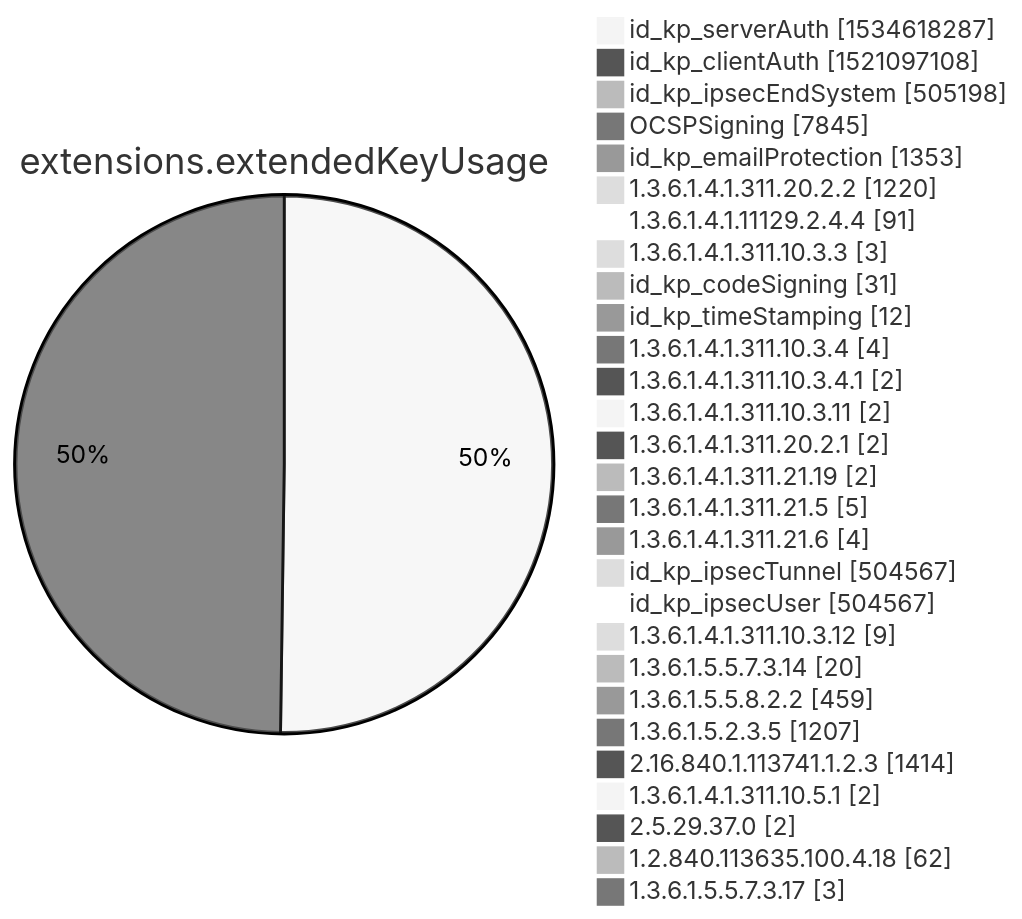
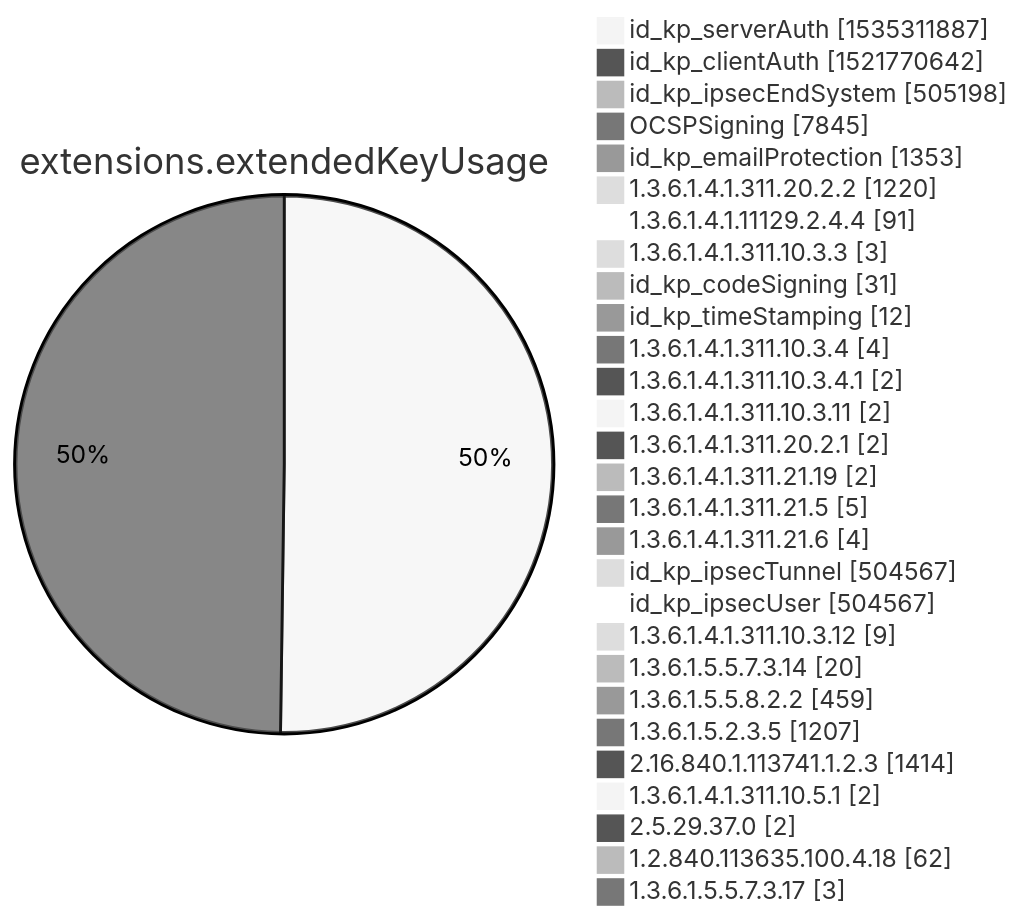
Before and after one commit to christiankrug/ctmonitor_visualization: diagram 12 of 15 in xenon2022/README.md, drawn with Mermaid (neutral theme). The commit also changed other lines of this file, not shown here.

````diff
--- a/xenon2022/README.md
+++ b/xenon2022/README.md
@@ -3880,32 +3880,32 @@
 ```mermaid
 pie showData
 title extensions.extendedKeyUsage
-"id_kp_serverAuth" :1534618287
-"id_kp_clientAuth" :1521097108
+"id_kp_serverAuth" :1535311887
+"id_kp_clientAuth" :1521770642
 "id_kp_ipsecEndSystem" :505198
 "OCSPSigning" :7845
 "id_kp_emailProtection" :1353
 "1.3.6.1.4.1.311.20.2.2" :1220
 "1.3.6.1.4.1.11129.2.4.4" :91
 "1.3.6.1.4.1.311.10.3.3" :3
 "id_kp_codeSigning" :31
 "id_kp_timeStamping" :12
 "1.3.6.1.4.1.311.10.3.4" :4
 "1.3.6.1.4.1.311.10.3.4.1" :2
 "1.3.6.1.4.1.311.10.3.11" :2
 "1.3.6.1.4.1.311.20.2.1" :2
 "1.3.6.1.4.1.311.21.19" :2
 "1.3.6.1.4.1.311.21.5" :5
 "1.3.6.1.4.1.311.21.6" :4
 "id_kp_ipsecTunnel" :504567
 "id_kp_ipsecUser" :504567
 "1.3.6.1.4.1.311.10.3.12" :9
 "1.3.6.1.5.5.7.3.14" :20
 "1.3.6.1.5.5.8.2.2" :459
 "1.3.6.1.5.2.3.5" :1207
 "2.16.840.1.113741.1.2.3" :1414
 "1.3.6.1.4.1.311.10.5.1" :2
 "2.5.29.37.0" :2
 "1.2.840.113635.100.4.18" :62
 "1.3.6.1.5.5.7.3.17" :3
 ```
````
